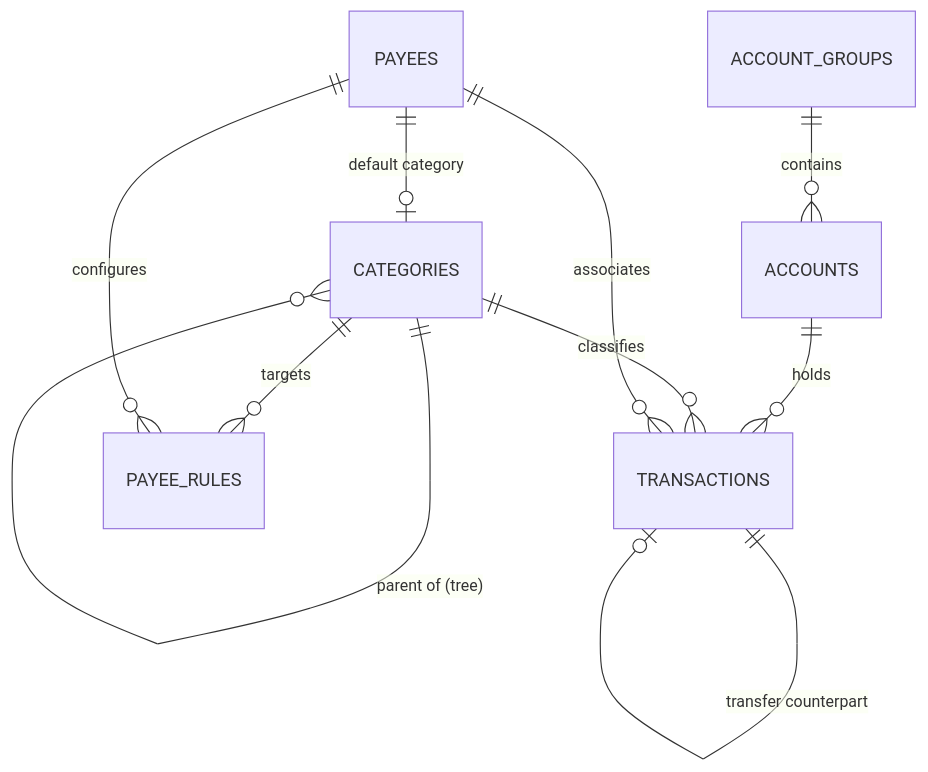
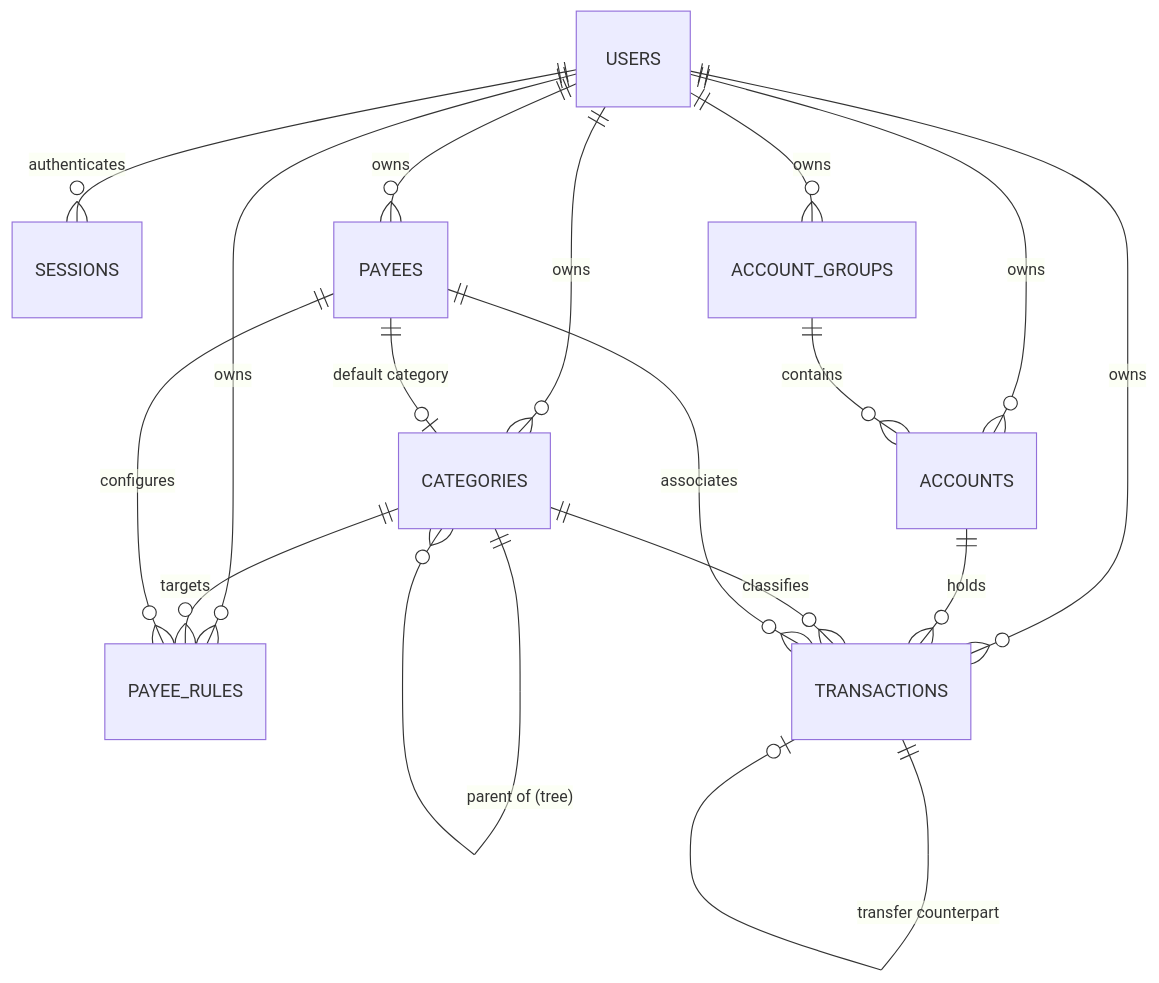
Before and after one commit to thealternator89/buddy: the first of 2 diagrams in docs/ARCHITECTURE.MD, drawn with Mermaid. The commit also changed other lines of this file and 28 other files, not shown here.

````diff
--- a/docs/ARCHITECTURE.MD
+++ b/docs/ARCHITECTURE.MD
@@ -75,12 +73,19 @@
 ```mermaid
 erDiagram
+    USERS ||--o{ SESSIONS : "authenticates"
+    USERS ||--o{ ACCOUNT_GROUPS : "owns"
+    USERS ||--o{ ACCOUNTS : "owns"
+    USERS ||--o{ CATEGORIES : "owns"
+    USERS ||--o{ PAYEES : "owns"
+    USERS ||--o{ PAYEE_RULES : "owns"
+    USERS ||--o{ TRANSACTIONS : "owns"
     ACCOUNT_GROUPS ||--o{ ACCOUNTS : "contains"
     ACCOUNTS ||--o{ TRANSACTIONS : "holds"
     CATEGORIES ||--o{ CATEGORIES : "parent of (tree)"
     CATEGORIES ||--o{ TRANSACTIONS : "classifies"
     CATEGORIES ||--o{ PAYEE_RULES : "targets"
     PAYEES ||--o{ TRANSACTIONS : "associates"
     PAYEES ||--o{ PAYEE_RULES : "configures"
     PAYEES ||--o| CATEGORIES : "default category"
     TRANSACTIONS ||--o| TRANSACTIONS : "transfer counterpart"
 ```
````
